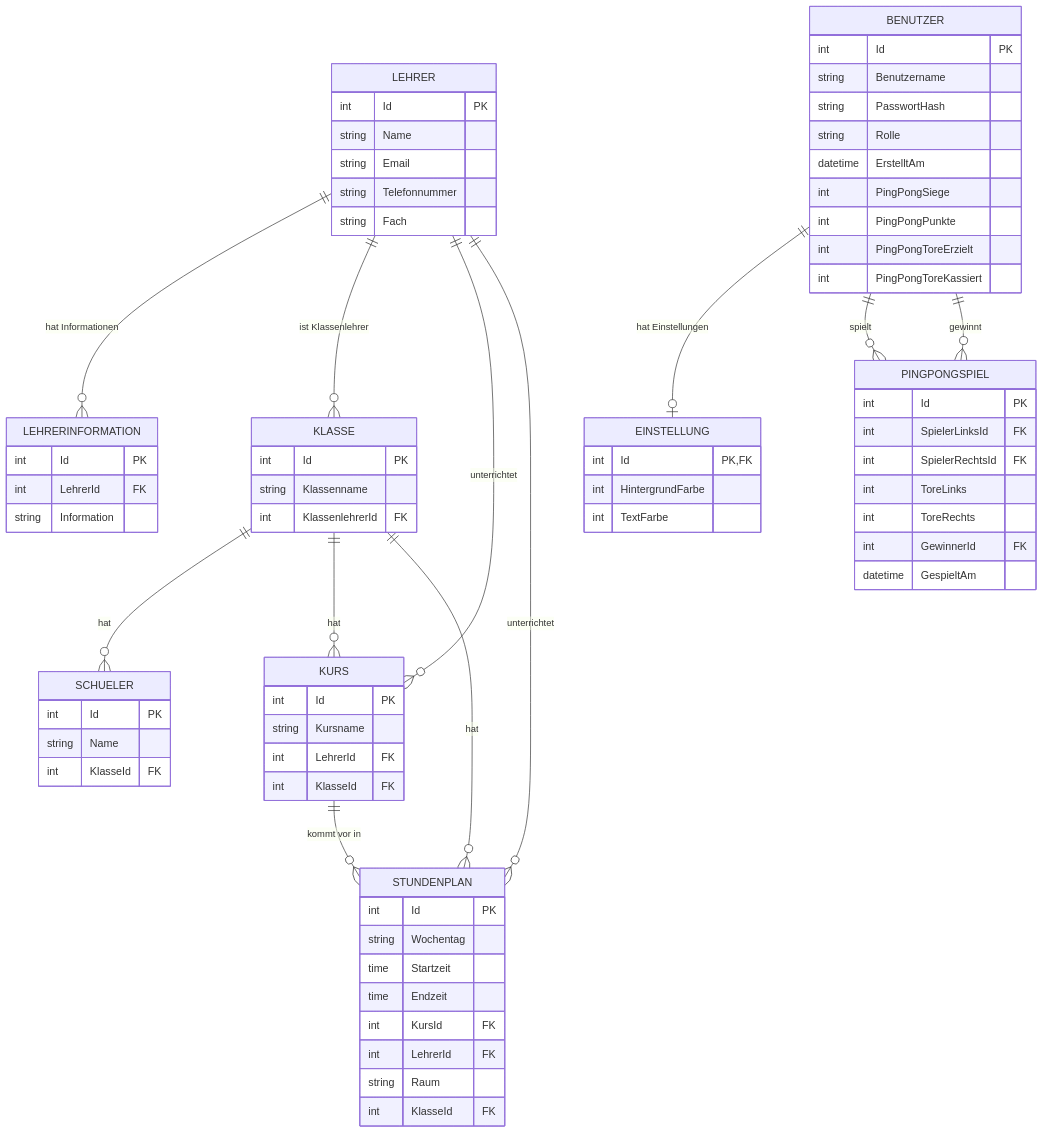
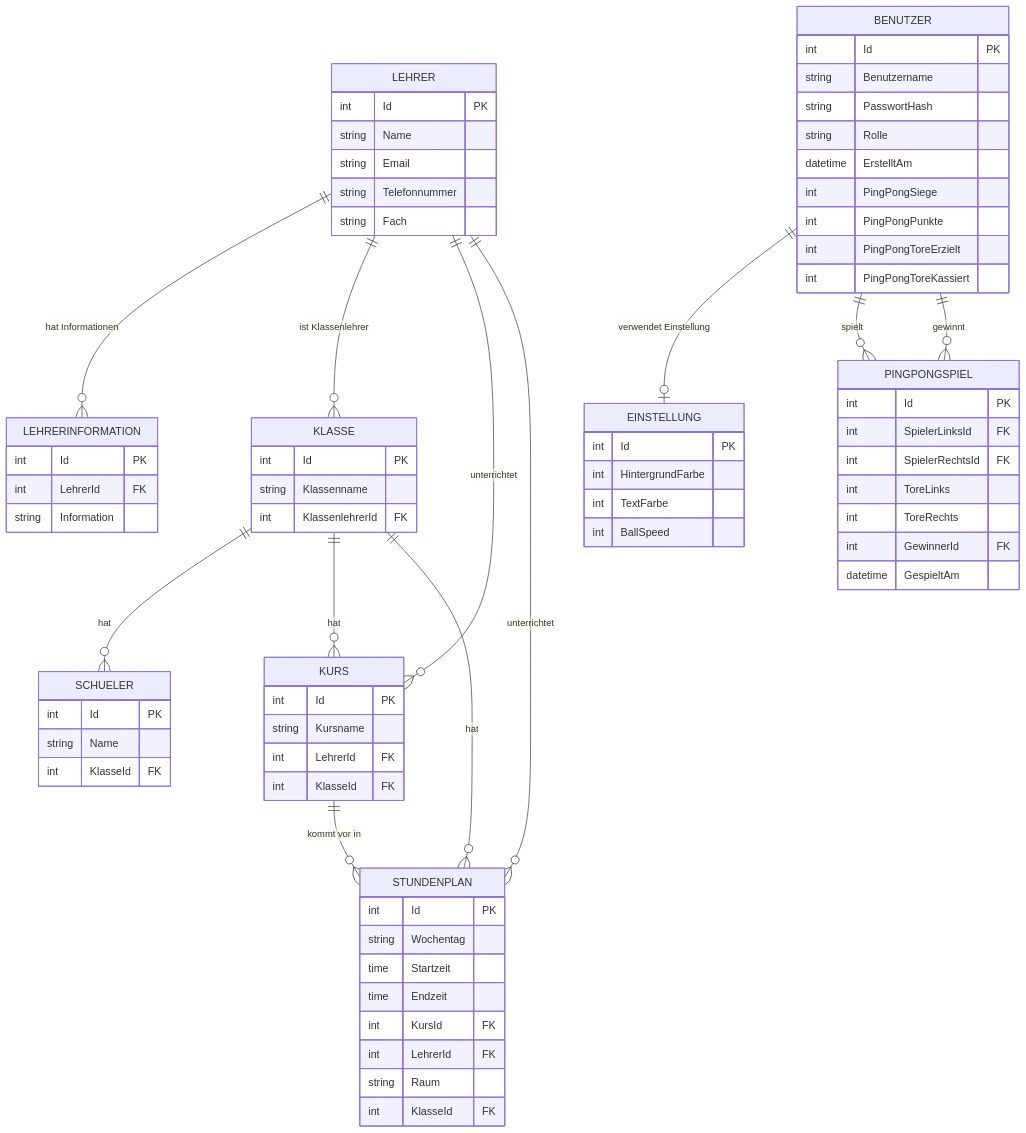
Before and after one commit to FionnLaesser/SchulApp: the diagram in README.md, drawn with Mermaid. The commit also changed other lines of this file and 3 other files, not shown here.

````diff
--- a/README.md
+++ b/README.md
@@ -685,9 +819,10 @@
     }
 
     EINSTELLUNG {
-        int Id PK, FK
+        int Id PK
         int HintergrundFarbe
         int TextFarbe
+        int BallSpeed
     }
 
     PINGPONGSPIEL {
@@ -708,7 +843,7 @@
     KURS ||--o{ STUNDENPLAN : "kommt vor in"
     LEHRER ||--o{ STUNDENPLAN : "unterrichtet"
     KLASSE ||--o{ STUNDENPLAN : "hat"
-    BENUTZER ||--o| EINSTELLUNG : "hat Einstellungen"
+    BENUTZER ||--o| EINSTELLUNG : "verwendet Einstellung"
     BENUTZER ||--o{ PINGPONGSPIEL : "spielt"
     BENUTZER ||--o{ PINGPONGSPIEL : "gewinnt"
 ```
````
